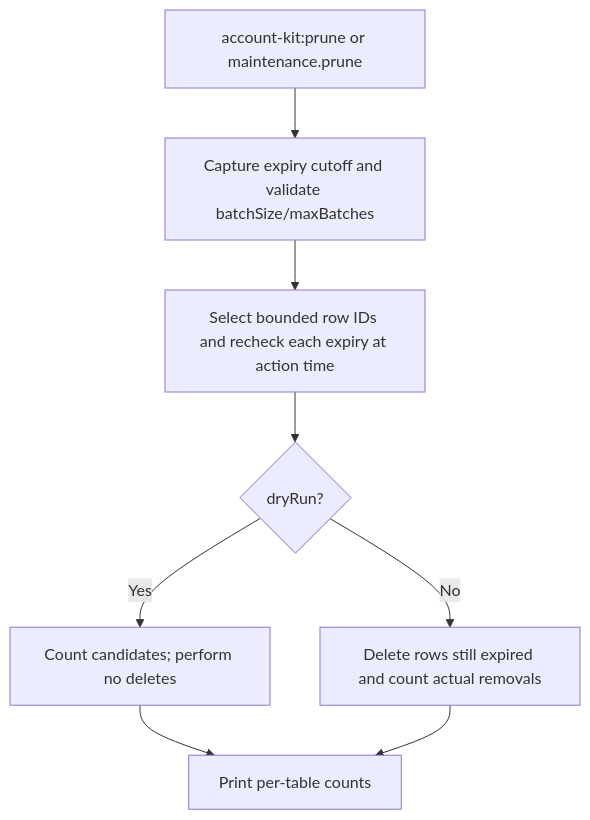
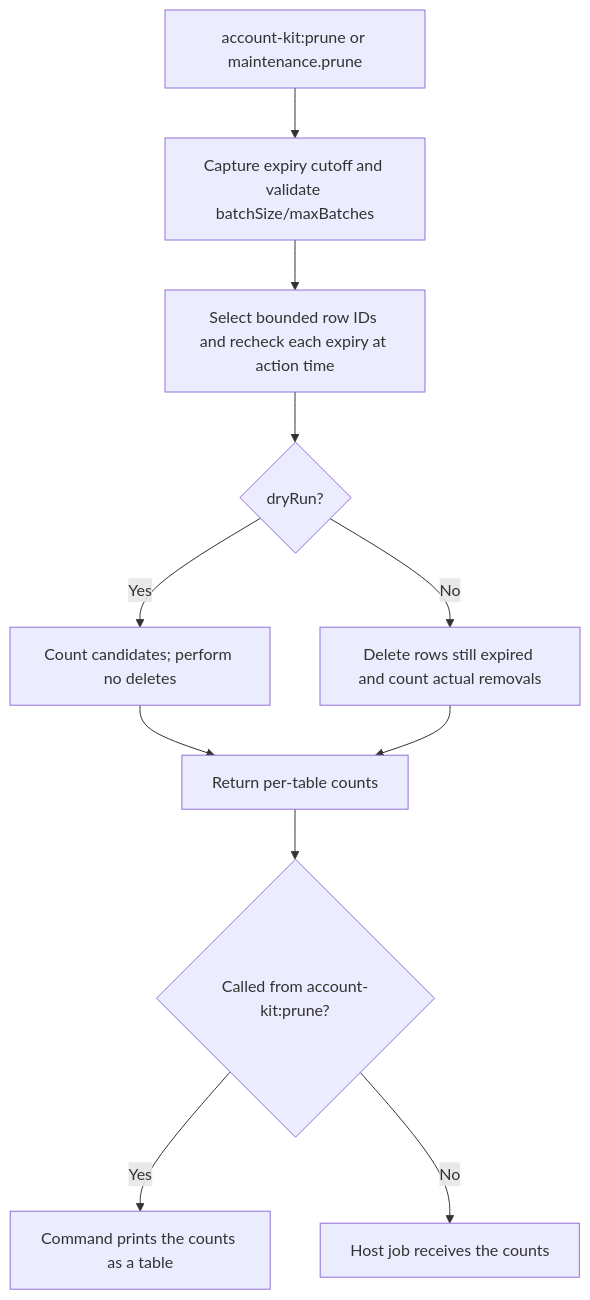
One commit to Kevinjohn/oss-adonisjs-account-kit changed the second of 2 diagrams in user-stories/US-ACCOUNT-33-prune-expired-records.md. Above: the diagram before and after it, drawn with Mermaid. The commit also changed other lines of this file and 9 other files, not shown here.

````diff
--- a/user-stories/US-ACCOUNT-33-prune-expired-records.md
+++ b/user-stories/US-ACCOUNT-33-prune-expired-records.md
@@ -34,10 +34,13 @@
 ```mermaid
 flowchart TD
  A["account-kit:prune or maintenance.prune"] --> B["Capture expiry cutoff and validate batchSize/maxBatches"]
  B --> C["Select bounded row IDs and recheck each expiry at action time"]
  C --> D{"dryRun?"}
  D -->|Yes| E["Count candidates; perform no deletes"]
  D -->|No| F["Delete rows still expired and count actual removals"]
- E --> G["Print per-table counts"]
+ E --> G["Return per-table counts"]
  F --> G
+ G --> H{"Called from account-kit:prune?"}
+ H -->|Yes| I["Command prints the counts as a table"]
+ H -->|No| J["Host job receives the counts"]
 ```
````
